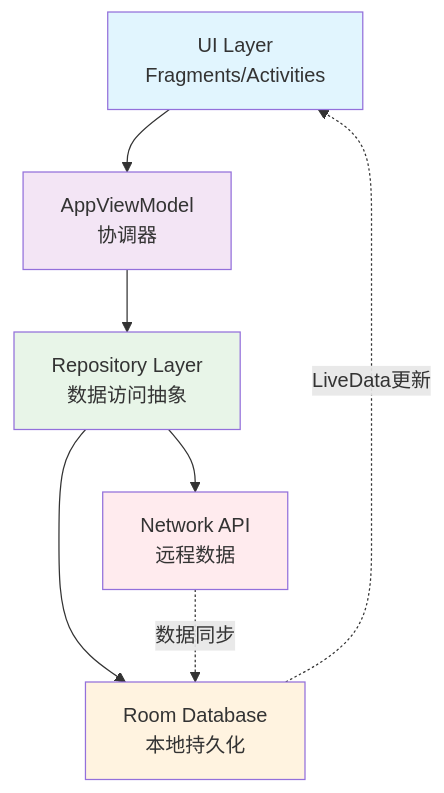
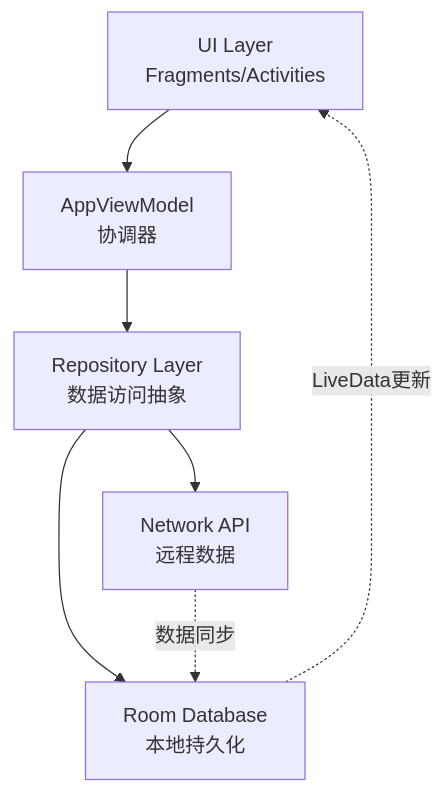
The first of 23 diagrams in autodroid-trader-app/DESIGN.md (terminail/autodroid), drawn with Mermaid before and after one commit. The commit also changed other lines of this file and 14 other files, not shown here.

````diff
--- a/autodroid-trader-app/DESIGN.md
+++ b/autodroid-trader-app/DESIGN.md
@@ -11,16 +11,11 @@
 ```mermaid
 graph TB
     A[UI Layer<br/>Fragments/Activities] --> B[AppViewModel<br/>协调器]
     B --> C[Repository Layer<br/>数据访问抽象]
     C --> D[Room Database<br/>本地持久化]
     C --> E[Network API<br/>远程数据]
     
     D -.->|LiveData更新| A
     E -.->|数据同步| D
     
-    style A fill:#e1f5fe
-    style B fill:#f3e5f5
-    style C fill:#e8f5e8
-    style D fill:#fff3e0
-    style E fill:#ffebee
 ```
````
